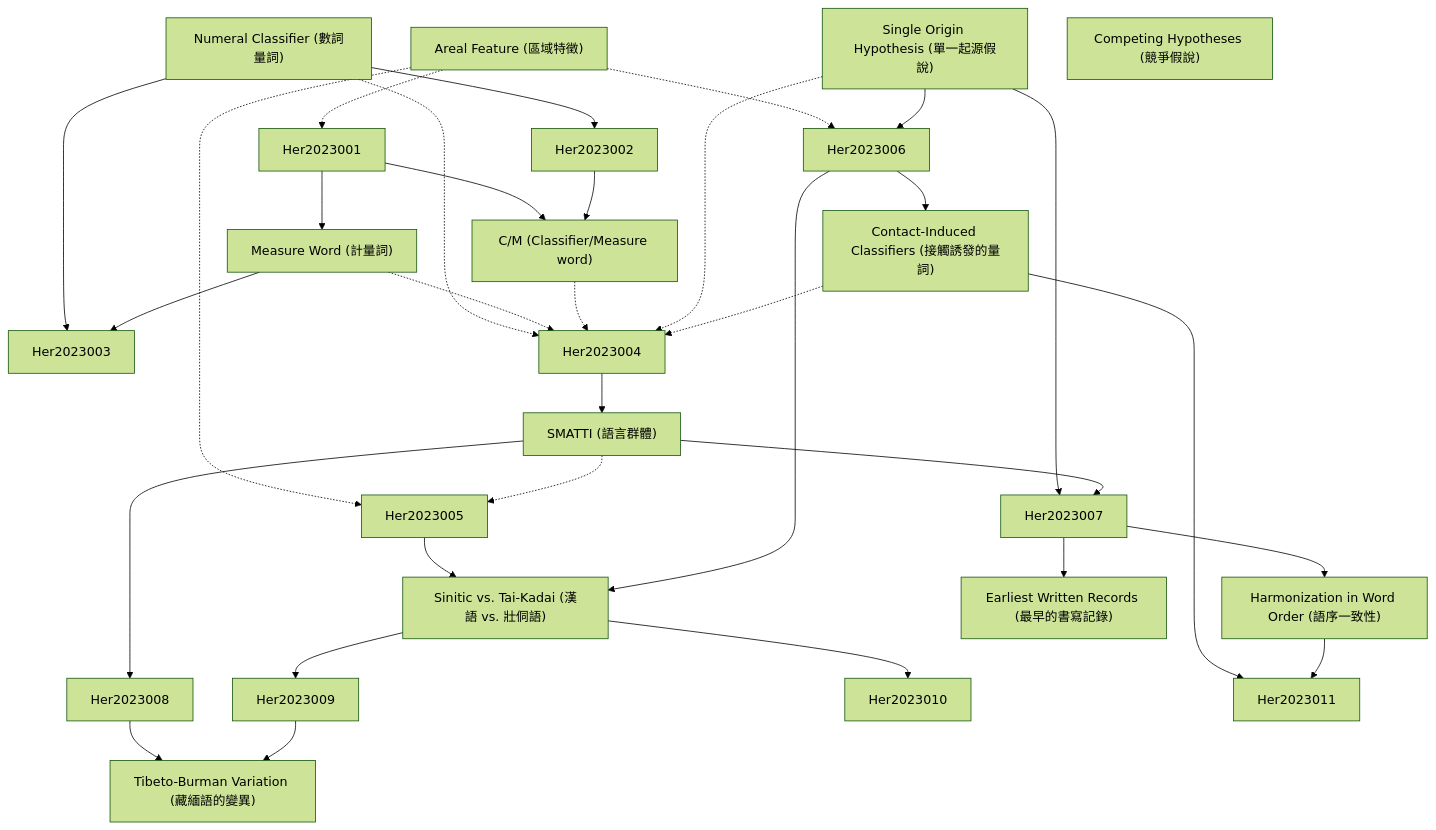
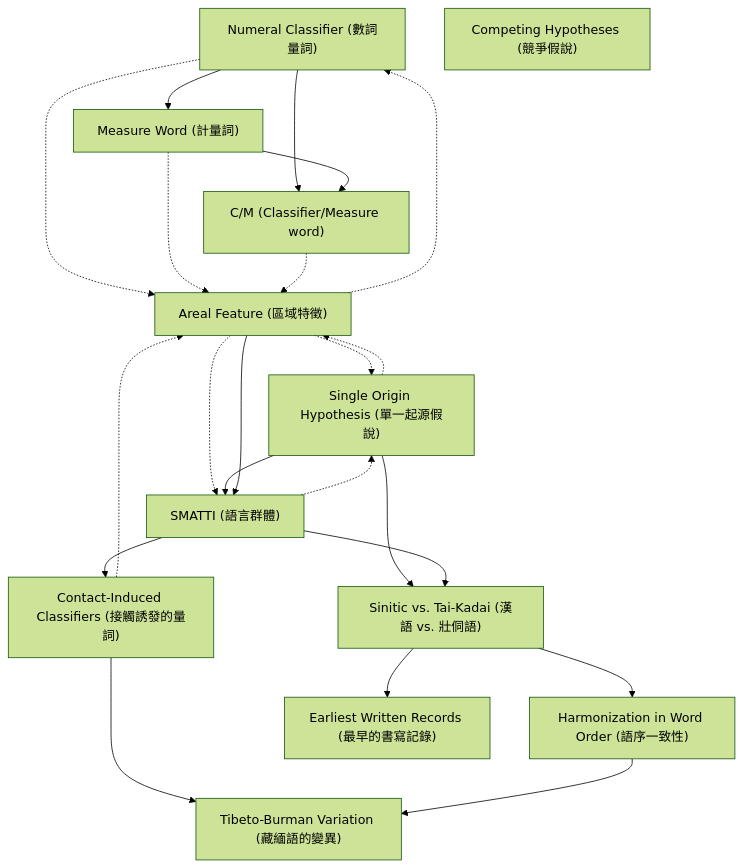
Before and after one commit to SCgeeker/Claude_Journal_Club_Agents: the diagram in output/zettelkasten_notes/zettel_Her-2023_20251104/zettel_index.md, drawn with Mermaid (forest theme). The commit also changed 776 other files, not shown here.

````diff
--- a/output/zettelkasten_notes/zettel_Her-2023_20251104/zettel_index.md
+++ b/output/zettelkasten_notes/zettel_Her-2023_20251104/zettel_index.md
@@ -116,66 +116,50 @@
 
     Her-2023-012["Competing Hypotheses (競爭假說)"]
 
-    Her-2023-001 --> Her2023002
+    Her-2023-001 --> Her-2023-002
 
-    Her-2023-001 --> Her2023003
+    Her-2023-001 --> Her-2023-003
 
-    Her-2023-001 -.-> Her2023004
+    Her-2023-001 -.-> Her-2023-004
 
-    Her2023001 --> Her-2023-002
 
-    Her-2023-002 --> Her2023003
+    Her-2023-002 --> Her-2023-003
 
-    Her-2023-002 -.-> Her2023004
+    Her-2023-002 -.-> Her-2023-004
 
-    Her2023001 --> Her-2023-003
+    Her-2023-003 -.-> Her-2023-004
 
-    Her2023002 --> Her-2023-003
+    Her-2023-004 -.-> Her-2023-001
 
-    Her-2023-003 -.-> Her2023004
+    Her-2023-004 -.-> Her-2023-005
 
-    Her-2023-004 -.-> Her2023001
+    Her-2023-004 -.-> Her-2023-006
 
-    Her-2023-004 -.-> Her2023005
+    Her-2023-005 --> Her-2023-006
 
-    Her-2023-004 -.-> Her2023006
+    Her-2023-005 --> Her-2023-007
 
-    Her-2023-005 --> Her2023006
+    Her-2023-005 -.-> Her-2023-004
 
-    Her-2023-005 --> Her2023007
+    Her-2023-004 --> Her-2023-006
 
-    Her-2023-005 -.-> Her2023004
+    Her-2023-006 --> Her-2023-007
 
-    Her2023004 --> Her-2023-006
+    Her-2023-006 --> Her-2023-008
 
-    Her-2023-006 --> Her2023007
+    Her-2023-006 -.-> Her-2023-005
 
-    Her-2023-006 --> Her2023008
+    Her-2023-007 --> Her-2023-009
 
-    Her-2023-006 -.-> Her2023005
+    Her-2023-007 --> Her-2023-010
 
-    Her2023005 --> Her-2023-007
 
-    Her2023006 --> Her-2023-007
+    Her-2023-008 --> Her-2023-011
 
-    Her-2023-007 --> Her2023009
+    Her-2023-008 -.-> Her-2023-004
 
-    Her-2023-007 --> Her2023010
 
-    Her2023006 --> Her-2023-008
+    Her-2023-009 --> Her-2023-011
 
-    Her-2023-008 --> Her2023011
-
-    Her-2023-008 -.-> Her2023004
-
-    Her2023007 --> Her-2023-009
-
-    Her-2023-009 --> Her2023011
-
-    Her2023007 --> Her-2023-010
-
-    Her2023008 --> Her-2023-011
-
-    Her2023009 --> Her-2023-011
 
 ```
````
